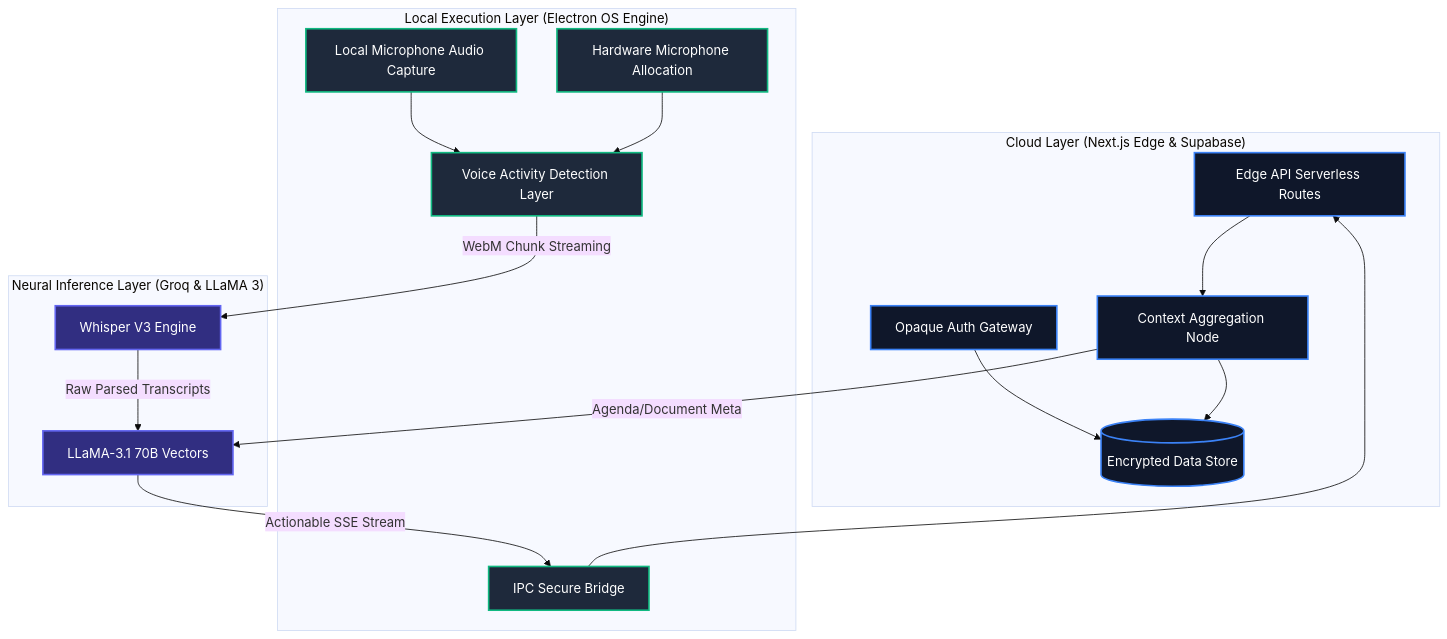
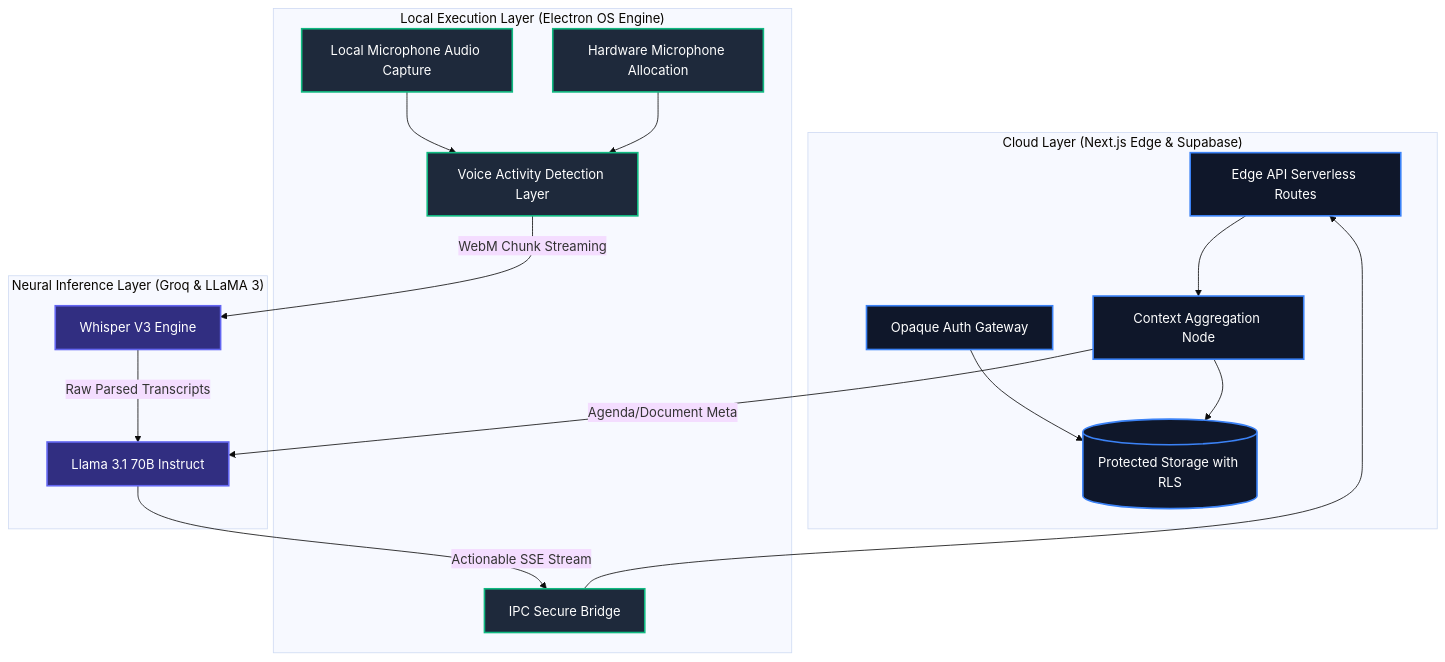
One commit to ziademad02153/ZEDX-AI-Assistant changed the first of 4 diagrams in README.md. Above: the diagram before and after it, drawn with Mermaid (base theme). The commit also changed other lines of this file, not shown here.

````diff
--- a/README.md
+++ b/README.md
@@ -39,29 +42,29 @@
 ```mermaid
 graph TD
     subgraph "Cloud Layer (Next.js Edge & Supabase)"
-        AUTH[Opaque Auth Gateway] --> DB[(Encrypted Data Store)]
+        AUTH[Opaque Auth Gateway] --> DB[(Protected Storage with RLS)]
         API[Edge API Serverless Routes] --> CONTEXT_SERVER[Context Aggregation Node]
         CONTEXT_SERVER --> DB
     end
 
     subgraph "Local Execution Layer (Electron OS Engine)"
         SYS[Local Microphone Audio Capture] --> VAD[Voice Activity Detection Layer]
         MIC[Hardware Microphone Allocation] --> VAD
         IPC[IPC Secure Bridge] --> API
     end
 
     subgraph "Neural Inference Layer (Groq & LLaMA 3)"
         VAD -- "WebM Chunk Streaming" --> WHISPER[Whisper V3 Engine]
-        WHISPER -- "Raw Parsed Transcripts" --> LLM[LLaMA-3.1 70B Vectors]
+        WHISPER -- "Raw Parsed Transcripts" --> LLM[Llama 3.1 70B Instruct]
         CONTEXT_SERVER -- "Agenda/Document Meta" --> LLM
         LLM -- "Actionable SSE Stream" --> IPC
     end
 
     classDef cloud fill:#0f172a,stroke:#3b82f6,stroke-width:2px,color:#fff;
     classDef local fill:#1e293b,stroke:#10b981,stroke-width:2px,color:#fff;
     classDef neural fill:#312e81,stroke:#6366f1,stroke-width:2px,color:#fff;
 
     class AUTH,DB,API,CONTEXT_SERVER cloud;
     class SYS,MIC,VAD,IPC local;
     class WHISPER,LLM neural;
 ```
````
